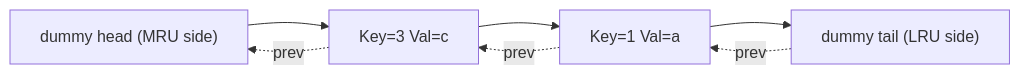
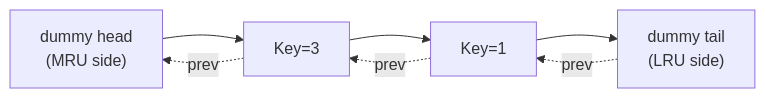
Before and after one commit to ft-abhishekgupta/preparation-notes: the diagram in 01-Coding/LinkedLists/LinkedLists.md, drawn with Mermaid. The commit also changed other lines of this file and 38 other files, not shown here.

````diff
--- a/01-Coding/LinkedLists/LinkedLists.md
+++ b/01-Coding/LinkedLists/LinkedLists.md
@@ -180,9 +354,9 @@
 ```mermaid
 flowchart LR
-    H["dummy head (MRU side)"] --> A["Key=3 Val=c"]
-    A --> B["Key=1 Val=a"]
-    B --> T["dummy tail (LRU side)"]
-    T -.->|"prev"| B
-    B -.->|"prev"| A
-    A -.->|"prev"| H
+    H["dummy head\n(MRU side)"] --> A["Key=3"]
+    A --> B["Key=1"]
+    B --> T["dummy tail\n(LRU side)"]
+    T -.->|prev| B
+    B -.->|prev| A
+    A -.->|prev| H
 ```
````
